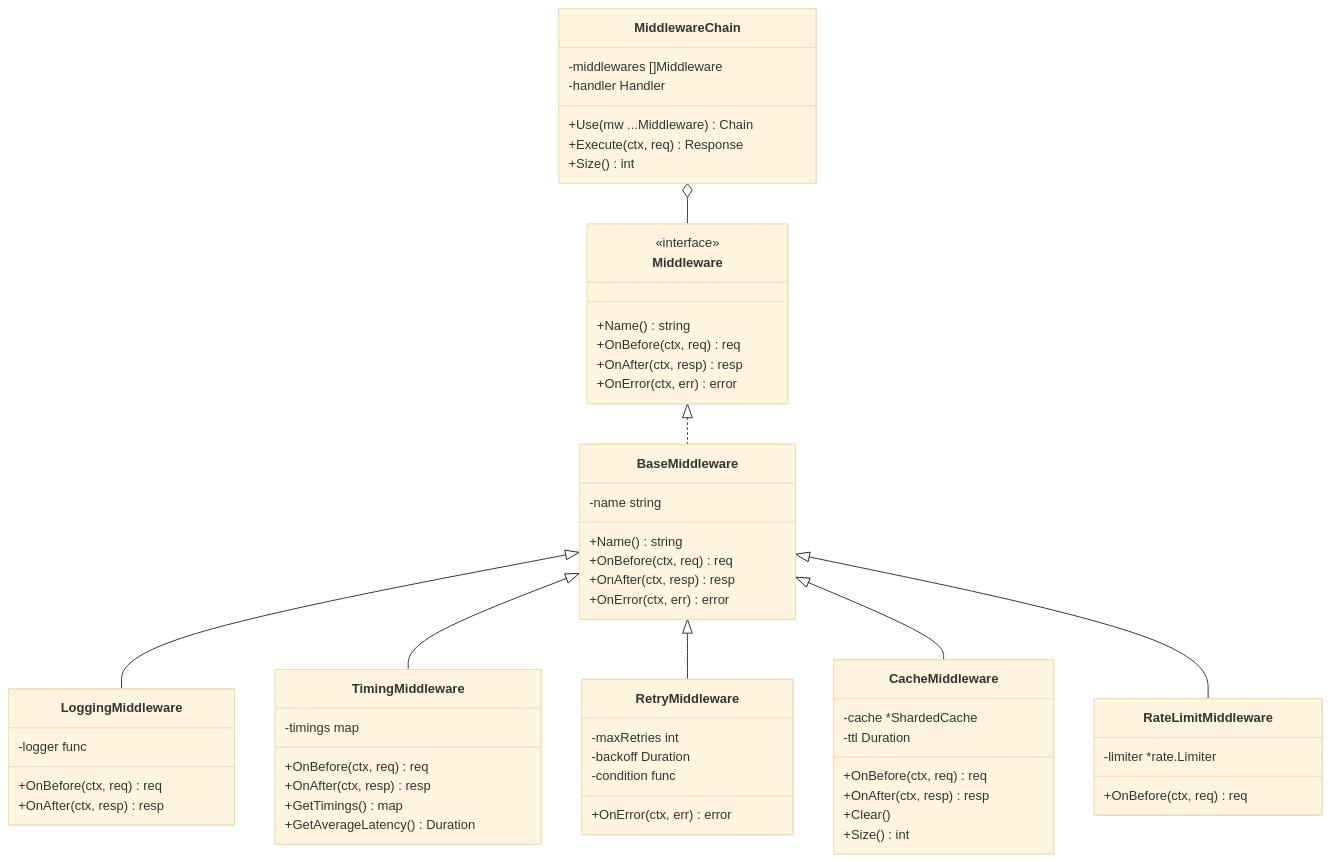
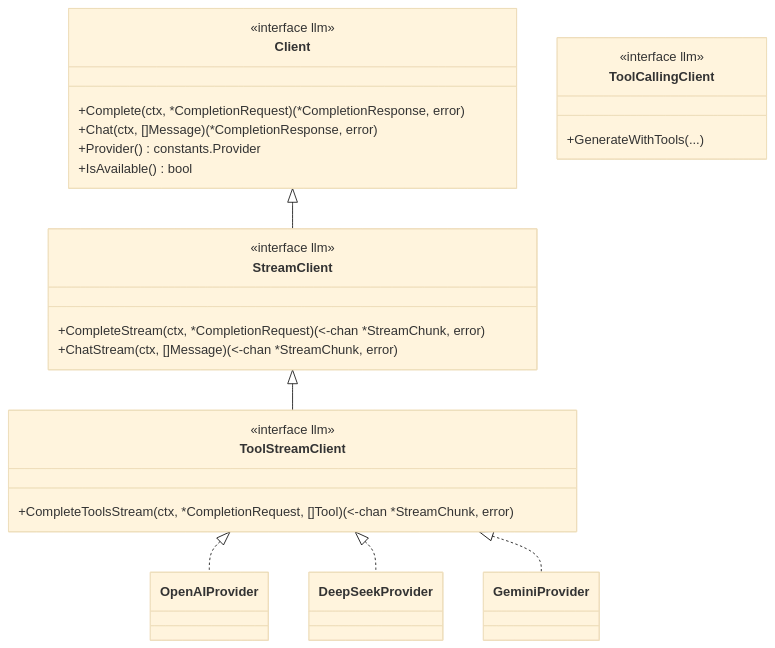
One commit to kart-io/goagent changed the fourth of 5 diagrams in docs/architecture/COMPONENT_DIAGRAM.md. Above: the diagram before and after it, drawn with Mermaid (base theme). The commit also changed other lines of this file and 87 other files, not shown here.

````diff
--- a/docs/architecture/COMPONENT_DIAGRAM.md
+++ b/docs/architecture/COMPONENT_DIAGRAM.md
@@ -413,69 +176,31 @@
 ```mermaid
 classDiagram
-    class Middleware {
-        <<interface>>
-        +Name() string
-        +OnBefore(ctx, req) req
-        +OnAfter(ctx, resp) resp
-        +OnError(ctx, err) error
+    class Client {
+        <<interface llm>>
+        +Complete(ctx, *CompletionRequest) (*CompletionResponse, error)
+        +Chat(ctx, []Message) (*CompletionResponse, error)
+        +Provider() constants.Provider
+        +IsAvailable() bool
     }
-
-    class MiddlewareChain {
-        -middlewares []Middleware
-        -handler Handler
-        +Use(mw ...Middleware) Chain
-        +Execute(ctx, req) Response
-        +Size() int
+    class StreamClient {
+        <<interface llm>>
+        +CompleteStream(ctx, *CompletionRequest) (<-chan *StreamChunk, error)
+        +ChatStream(ctx, []Message) (<-chan *StreamChunk, error)
     }
-
-    class BaseMiddleware {
-        -name string
-        +Name() string
-        +OnBefore(ctx, req) req
-        +OnAfter(ctx, resp) resp
-        +OnError(ctx, err) error
+    class ToolStreamClient {
+        <<interface llm>>
+        +CompleteToolsStream(ctx, *CompletionRequest, []Tool) (<-chan *StreamChunk, error)
     }
-
-    class LoggingMiddleware {
-        -logger func
-        +OnBefore(ctx, req) req
-        +OnAfter(ctx, resp) resp
+    class ToolCallingClient {
+        <<interface llm>>
+        +GenerateWithTools(...)
     }
-
-    class TimingMiddleware {
-        -timings map
-        +OnBefore(ctx, req) req
-        +OnAfter(ctx, resp) resp
-        +GetTimings() map
-        +GetAverageLatency() Duration
-    }
-
-    class RetryMiddleware {
-        -maxRetries int
-        -backoff Duration
-        -condition func
-        +OnError(ctx, err) error
-    }
-
-    class CacheMiddleware {
-        -cache *ShardedCache
-        -ttl Duration
-        +OnBefore(ctx, req) req
-        +OnAfter(ctx, resp) resp
-        +Clear()
-        +Size() int
-    }
-
-    class RateLimitMiddleware {
-        -limiter *rate.Limiter
-        +OnBefore(ctx, req) req
-    }
-
-    Middleware <|.. BaseMiddleware
-    BaseMiddleware <|-- LoggingMiddleware
-    BaseMiddleware <|-- TimingMiddleware
-    BaseMiddleware <|-- RetryMiddleware
-    BaseMiddleware <|-- CacheMiddleware
-    BaseMiddleware <|-- RateLimitMiddleware
-    MiddlewareChain o-- Middleware
+    class OpenAIProvider
+    class DeepSeekProvider
+    class GeminiProvider
+    Client <|-- StreamClient
+    StreamClient <|-- ToolStreamClient
+    ToolStreamClient <|.. OpenAIProvider
+    ToolStreamClient <|.. DeepSeekProvider
+    ToolStreamClient <|.. GeminiProvider
 ```
````
